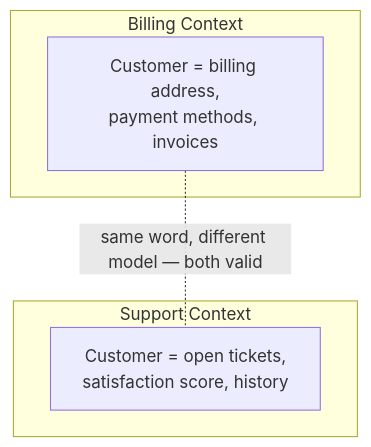
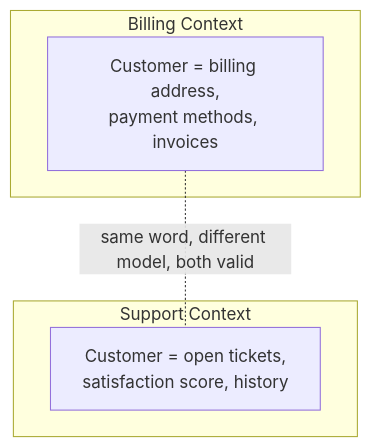
The fourth of 15 diagrams in content/interview/interview-prep-kafka-microservices.md (josuebrunel/josuebrunel.github.io), drawn with Mermaid before and after one commit. The commit also changed other lines of this file and 6 other files, not shown here.

````diff
--- a/content/interview/interview-prep-kafka-microservices.md
+++ b/content/interview/interview-prep-kafka-microservices.md
@@ -115,10 +347,10 @@
 ```mermaid
 graph TD
     subgraph "Billing Context"
     C1["Customer = billing address,<br/>payment methods, invoices"]
     end
     subgraph "Support Context"
     C2["Customer = open tickets,<br/>satisfaction score, history"]
     end
-    C1 -. "same word, different model — both valid" .- C2
+    C1 -. "same word, different model, both valid" .- C2
 ```
````
